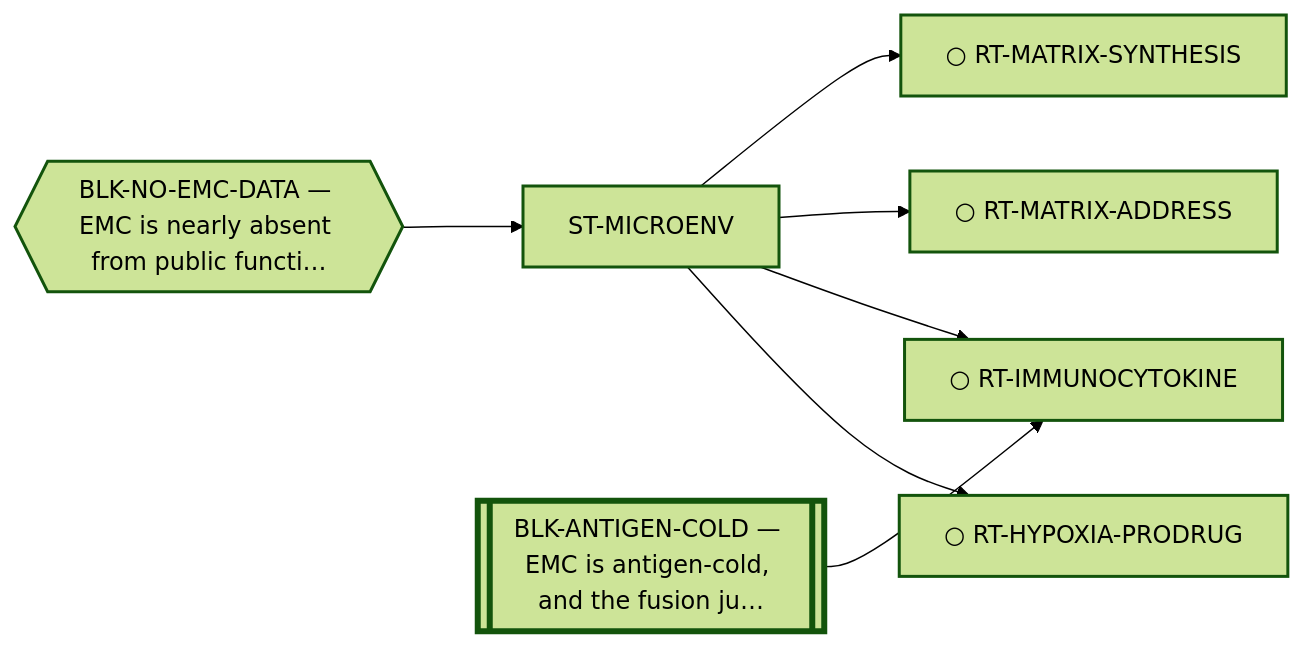
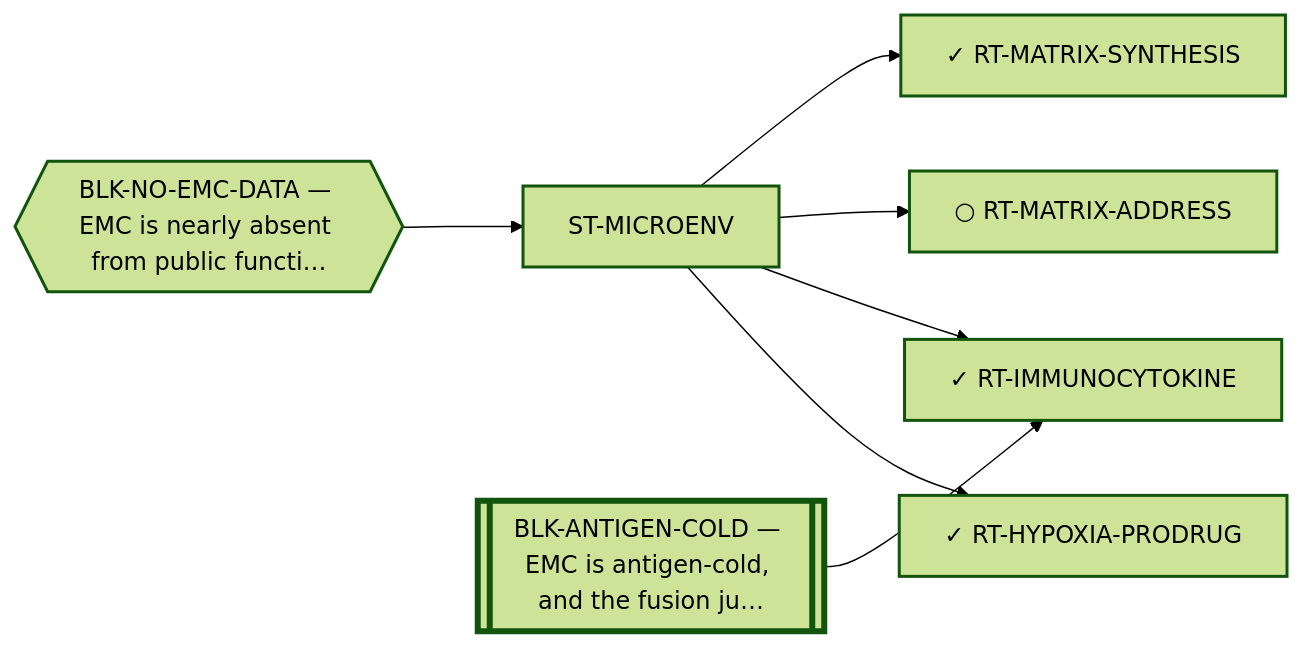
Before and after one commit to trimcrae/Rare-cancers: the diagram in systems/views/L1-st-microenv.md, drawn with Mermaid (forest theme). The commit also changed other lines of this file and 17 other files, not shown here.

````diff
--- a/systems/views/L1-st-microenv.md
+++ b/systems/views/L1-st-microenv.md
@@ -36,21 +36,21 @@
 ```mermaid
 flowchart LR
   ST_MICROENV["ST-MICROENV"]:::fam
-  RT_HYPOXIA_PRODRUG["○ RT-HYPOXIA-PRODRUG"]:::fam
+  RT_HYPOXIA_PRODRUG["✓ RT-HYPOXIA-PRODRUG"]:::fam
   ST_MICROENV --> RT_HYPOXIA_PRODRUG
-  RT_IMMUNOCYTOKINE["○ RT-IMMUNOCYTOKINE"]:::fam
+  RT_IMMUNOCYTOKINE["✓ RT-IMMUNOCYTOKINE"]:::fam
   ST_MICROENV --> RT_IMMUNOCYTOKINE
   RT_MATRIX_ADDRESS["○ RT-MATRIX-ADDRESS"]:::fam
   ST_MICROENV --> RT_MATRIX_ADDRESS
-  RT_MATRIX_SYNTHESIS["○ RT-MATRIX-SYNTHESIS"]:::fam
+  RT_MATRIX_SYNTHESIS["✓ RT-MATRIX-SYNTHESIS"]:::fam
   ST_MICROENV --> RT_MATRIX_SYNTHESIS
 
   BLK_NO_EMC_DATA{{"BLK-NO-EMC-DATA — EMC is nearly absent from public functi…"}}:::blk
   BLK_NO_EMC_DATA --> ST_MICROENV
   BLK_ANTIGEN_COLD[["BLK-ANTIGEN-COLD — EMC is antigen-cold, and the fusion ju…"]]:::perm
   BLK_ANTIGEN_COLD --> RT_IMMUNOCYTOKINE
   classDef fam stroke-width:2px;
   classDef blk stroke-width:2px;
   classDef perm stroke-width:4px;
   classDef tech stroke-width:1px,stroke-dasharray:4 3;
 ```
````
